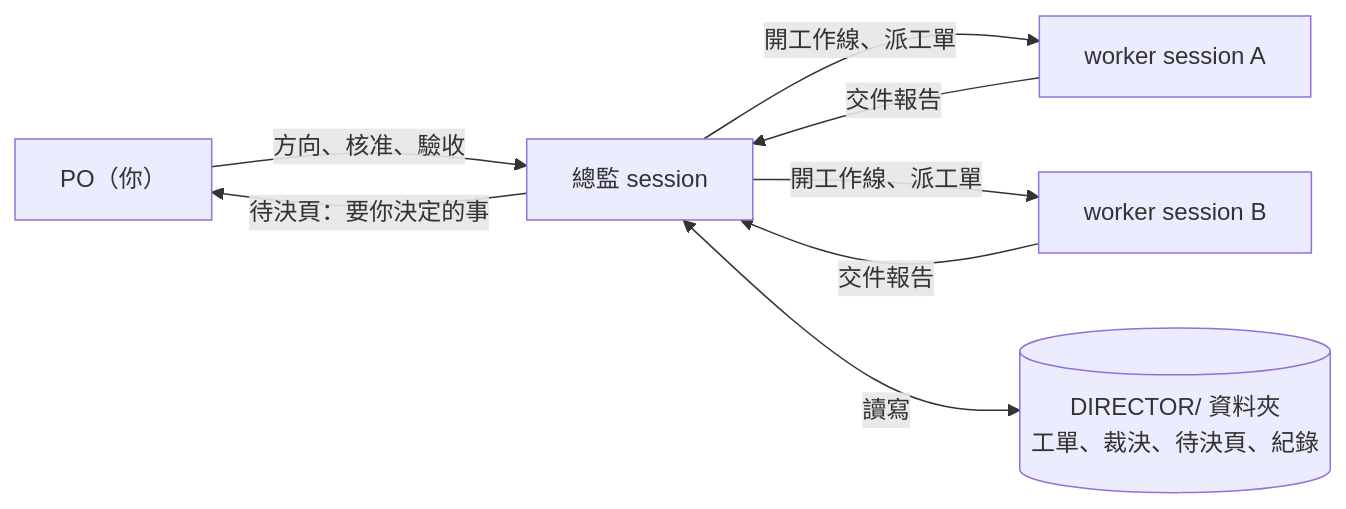
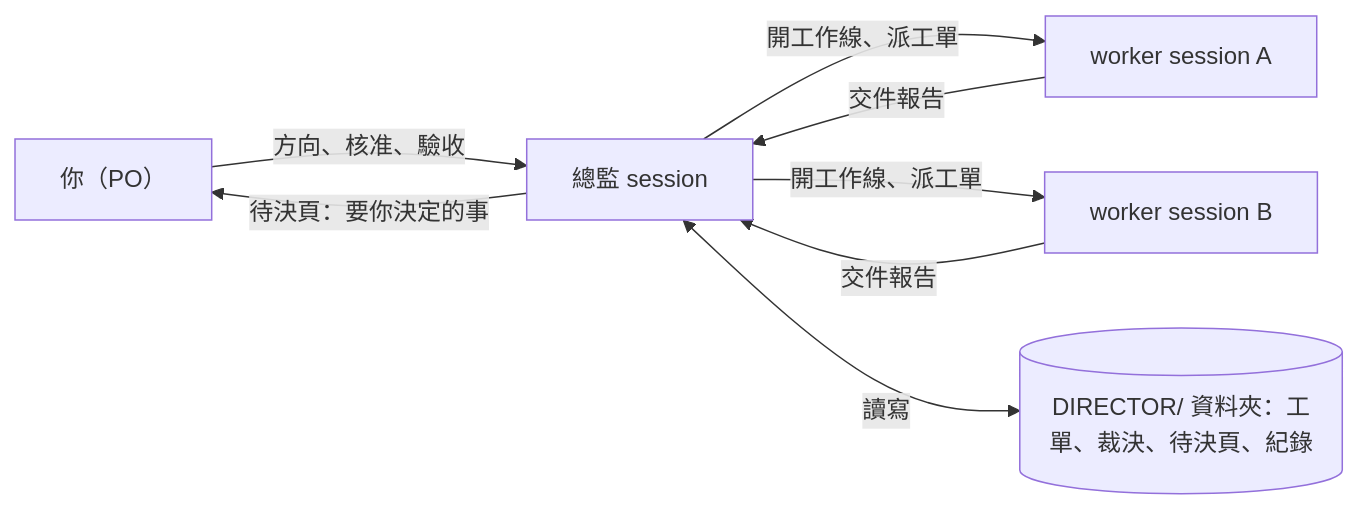
One commit to scottpuppylu/DIRECTOR-WORK changed the second of 8 diagrams in README.md. Above: the diagram before and after it, drawn with Mermaid. The commit also changed other lines of this file, not shown here.

````diff
--- a/README.md
+++ b/README.md
@@ -111,16 +114,16 @@
 ```mermaid
 flowchart LR
-    PO["PO（你）"]
+    PO["你（PO）"]
     D["總監 session"]
     W1["worker session A"]
     W2["worker session B"]
-    F[("DIRECTOR/ 資料夾<br/>工單、裁決、待決頁、紀錄")]
+    F[("DIRECTOR/ 資料夾：工單、裁決、待決頁、紀錄")]
 
-    PO -- "方向、核准、驗收" --> D
-    D -- "待決頁：要你決定的事" --> PO
-    D -- "開工作線、派工單" --> W1
-    D -- "開工作線、派工單" --> W2
-    W1 -- "交件報告" --> D
-    W2 -- "交件報告" --> D
-    D <-- "讀寫" --> F
+    PO -->|"方向、核准、驗收"| D
+    D -->|"待決頁：要你決定的事"| PO
+    D -->|"開工作線、派工單"| W1
+    D -->|"開工作線、派工單"| W2
+    W1 -->|"交件報告"| D
+    W2 -->|"交件報告"| D
+    D <-->|"讀寫"| F
 ```
````
